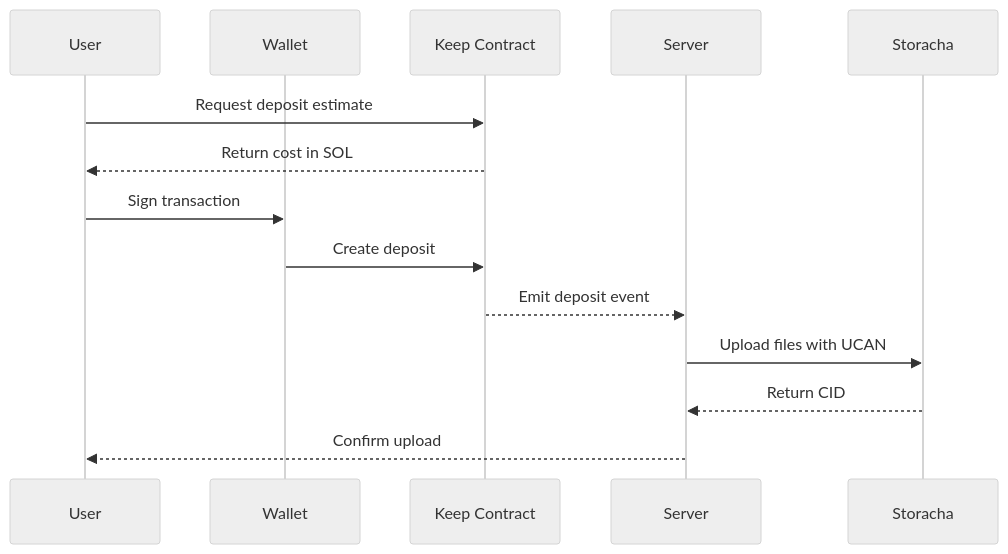
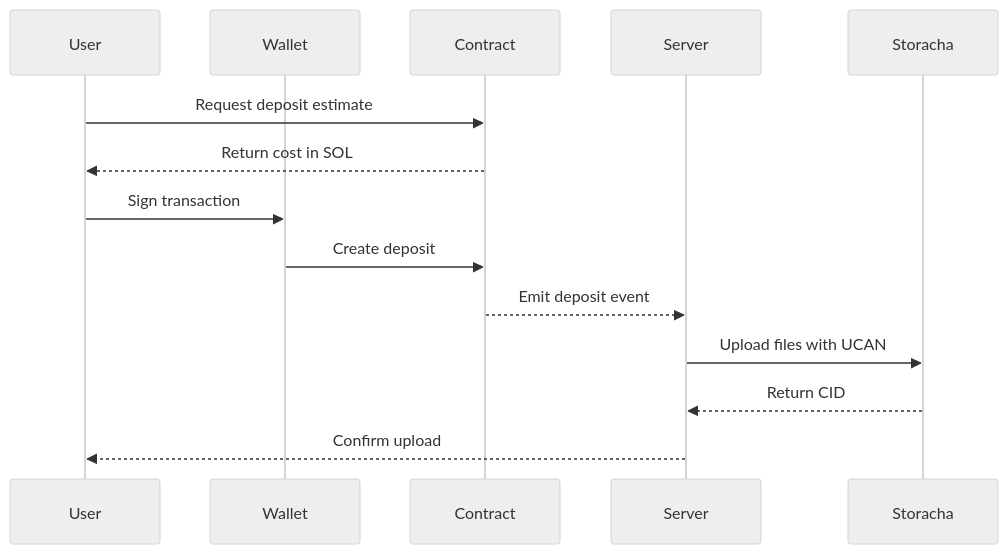
Before and after one commit to seetadev/Storacha-Solana-SDK: the diagram in docs/concepts/storage-payments.mdx, drawn with Mermaid (neutral theme). The commit also changed other lines of this file and 7 other files, not shown here.

````diff
--- a/docs/concepts/storage-payments.mdx
+++ b/docs/concepts/storage-payments.mdx
@@ -57,17 +57,17 @@
 ```mermaid
 sequenceDiagram
     participant User
     participant Wallet
-    participant Keep Contract
+    participant Contract
     participant Server
     participant Storacha
     
-    User->>Keep Contract: Request deposit estimate
-    Keep Contract-->>User: Return cost in SOL
+    User->>Contract: Request deposit estimate
+    Contract-->>User: Return cost in SOL
     User->>Wallet: Sign transaction
-    Wallet->>Keep Contract: Create deposit
-    Keep Contract-->>Server: Emit deposit event
+    Wallet->>Contract: Create deposit
+    Contract-->>Server: Emit deposit event
     Server->>Storacha: Upload files with UCAN
     Storacha-->>Server: Return CID
     Server-->>User: Confirm upload
 ```
````
